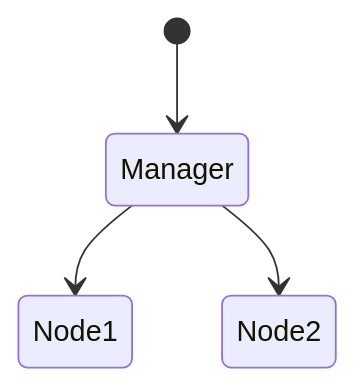
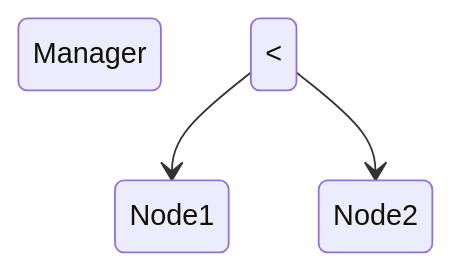
The diagram in docs/container/docker/swarm.md (cowadar/wiki), drawn with Mermaid before and after one commit.

Commit message:
docker swarm overlay network toegevoegd

````diff
--- a/docs/container/docker/swarm.md
+++ b/docs/container/docker/swarm.md
@@ -17,7 +17,6 @@
 ``` mermaid
 stateDiagram-v2
   state fork_state <<manager>>
-    [*] --> Manager
-    Manager --> Node1
-    Manager --> Node2
+    Manager <--> Node1
+    Manager <--> Node2
 ```
````
